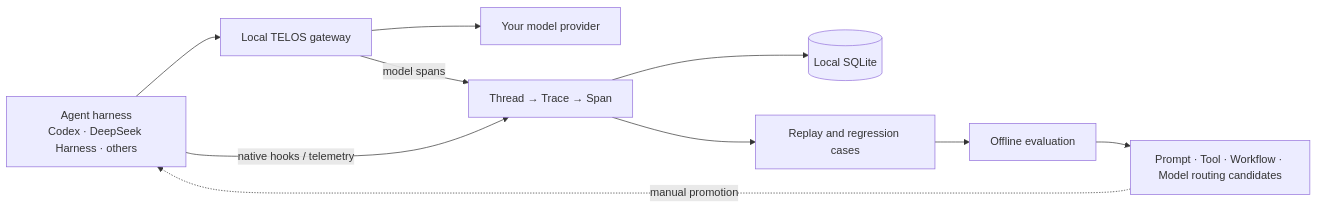
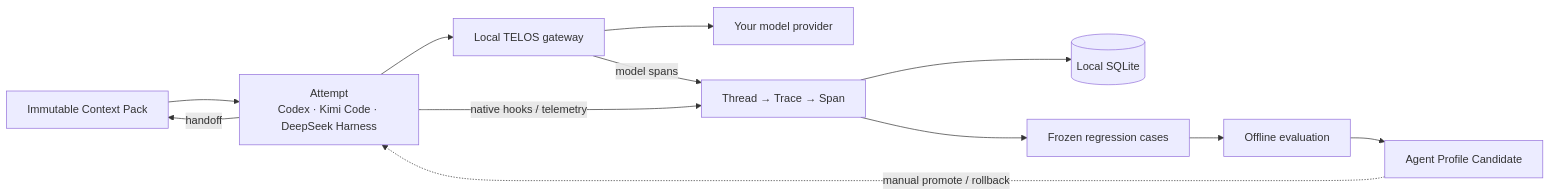
One commit to eryflow/telos-sdk changed the diagram in README.md. Above: the diagram before and after it, drawn with Mermaid. The commit also changed other lines of this file and 32 other files, not shown here.

Commit message:
feat: add portable context handoff and evolution

````diff
--- a/README.md
+++ b/README.md
@@ -43,12 +43,14 @@
 ```mermaid
 flowchart LR
-    H["Agent harness<br/>Codex · DeepSeek Harness · others"] --> G["Local TELOS gateway"]
+    C["Immutable Context Pack"] --> H["Attempt<br/>Codex · Kimi Code · DeepSeek Harness"]
+    H -->|"handoff"| C
+    H --> G["Local TELOS gateway"]
     G --> M["Your model provider"]
     H -->|"native hooks / telemetry"| T["Thread → Trace → Span"]
     G -->|"model spans"| T
     T --> D[("Local SQLite")]
-    T --> R["Replay and regression cases"]
+    T --> R["Frozen regression cases"]
     R --> E["Offline evaluation"]
-    E --> O["Prompt · Tool · Workflow · Model routing candidates"]
-    O -. "manual promotion" .-> H
+    E --> O["Agent Profile Candidate"]
+    O -. "manual promote / rollback" .-> H
 ```
````
